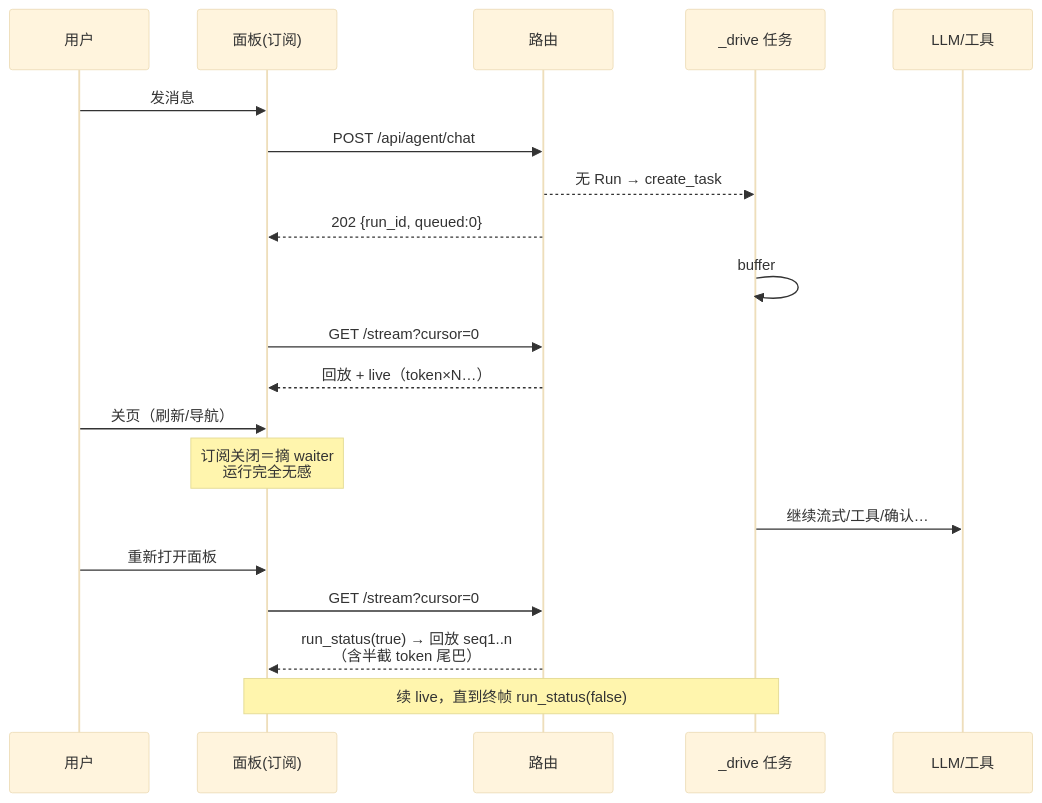
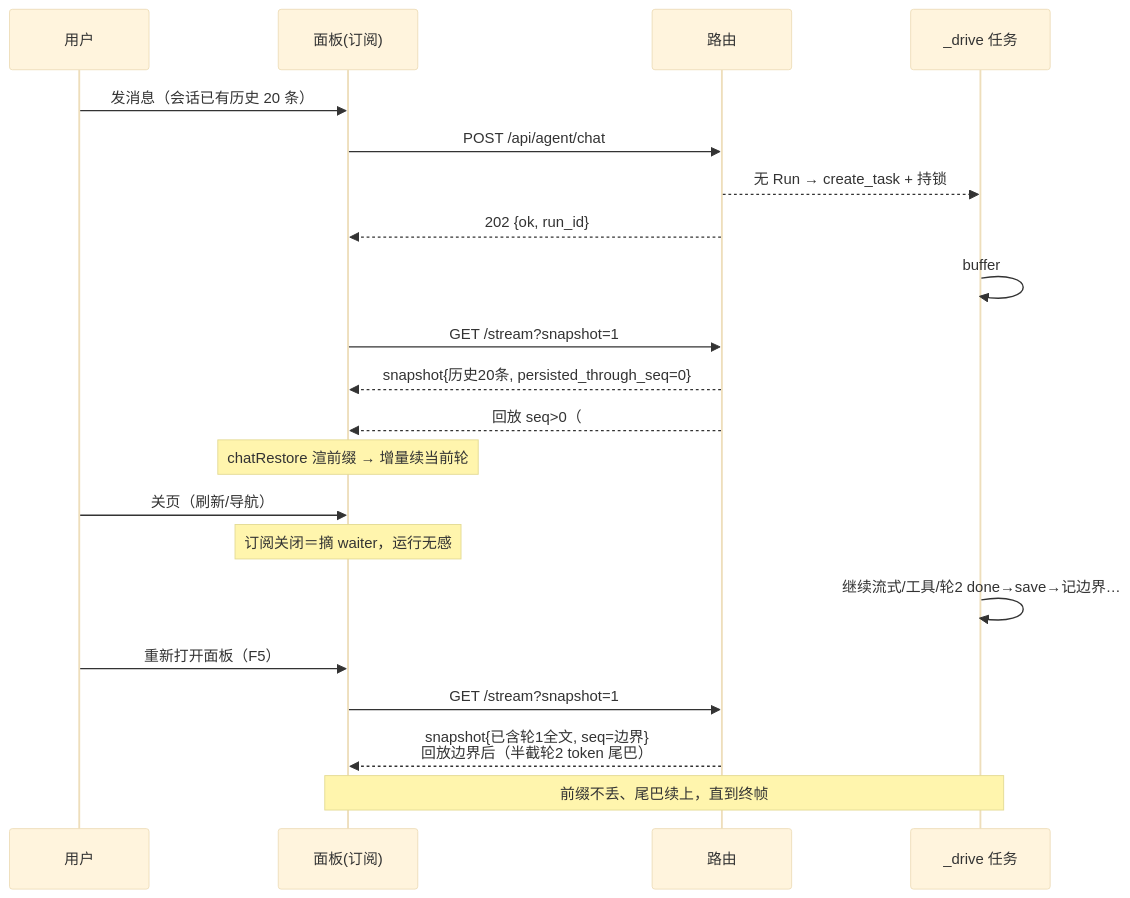
The third of 4 diagrams in docs/superpowers/specs/2026-11-20-agent-run-detach-stream.md (1724509233/md-repo), drawn with Mermaid (base theme) before and after one commit. The commit also changed other lines of this file, not shown here.

Commit message:
docs(spec): 运行脱离连接 rev2——oracle 评审定稿（边界回放闭合 B1 吞前缀/run_id 游标契约/pending 清理/删会话清 buffer）

````diff
--- a/docs/superpowers/specs/2026-11-20-agent-run-detach-stream.md
+++ b/docs/superpowers/specs/2026-11-20-agent-run-detach-stream.md
@@ -146,22 +163,23 @@
 ```mermaid
 sequenceDiagram
     participant U as 用户
     participant P as 面板(订阅)
     participant R as 路由
     participant D as _drive 任务
-    participant L as LLM/工具
-    U->>P: 发消息
+    U->>P: 发消息（会话已有历史 20 条）
     P->>R: POST /api/agent/chat
-    R-->>D: 无 Run → create_task
-    R-->>P: 202 {run_id, queued:0}
-    D->>D: buffer#1 run_status(true)<br/>buffer#2 user_message
-    P->>R: GET /stream?cursor=0
-    R-->>P: 回放 + live（token×N…）
+    R-->>D: 无 Run → create_task + 持锁
+    R-->>P: 202 {ok, run_id}
+    D->>D: buffer#1 run_status(true)<br/>buffer#2 user_message（token×N 续后）
+    P->>R: GET /stream?snapshot=1
+    R-->>P: snapshot{历史20条, persisted_through_seq=0}
+    R-->>P: 回放 seq>0（#1,#2,token…）
+    Note over P: chatRestore 渲前缀 → 增量续当前轮
     U->>P: 关页（刷新/导航）
-    Note over P: 订阅关闭＝摘 waiter<br/>运行完全无感
-    D->>L: 继续流式/工具/确认…
-    U->>P: 重新打开面板
-    P->>R: GET /stream?cursor=0
-    R-->>P: run_status(true) → 回放 seq1..n<br/>（含半截 token 尾巴）
-    Note over P,D: 续 live，直到终帧 run_status(false)
+    Note over P: 订阅关闭＝摘 waiter，运行无感
+    D->>D: 继续流式/工具/轮2 done→save→记边界…
+    U->>P: 重新打开面板（F5）
+    P->>R: GET /stream?snapshot=1
+    R-->>P: snapshot{已含轮1全文, seq=边界}<br/>回放边界后（半截轮2 token 尾巴）
+    Note over P,D: 前缀不丢、尾巴续上，直到终帧
 ```
````
